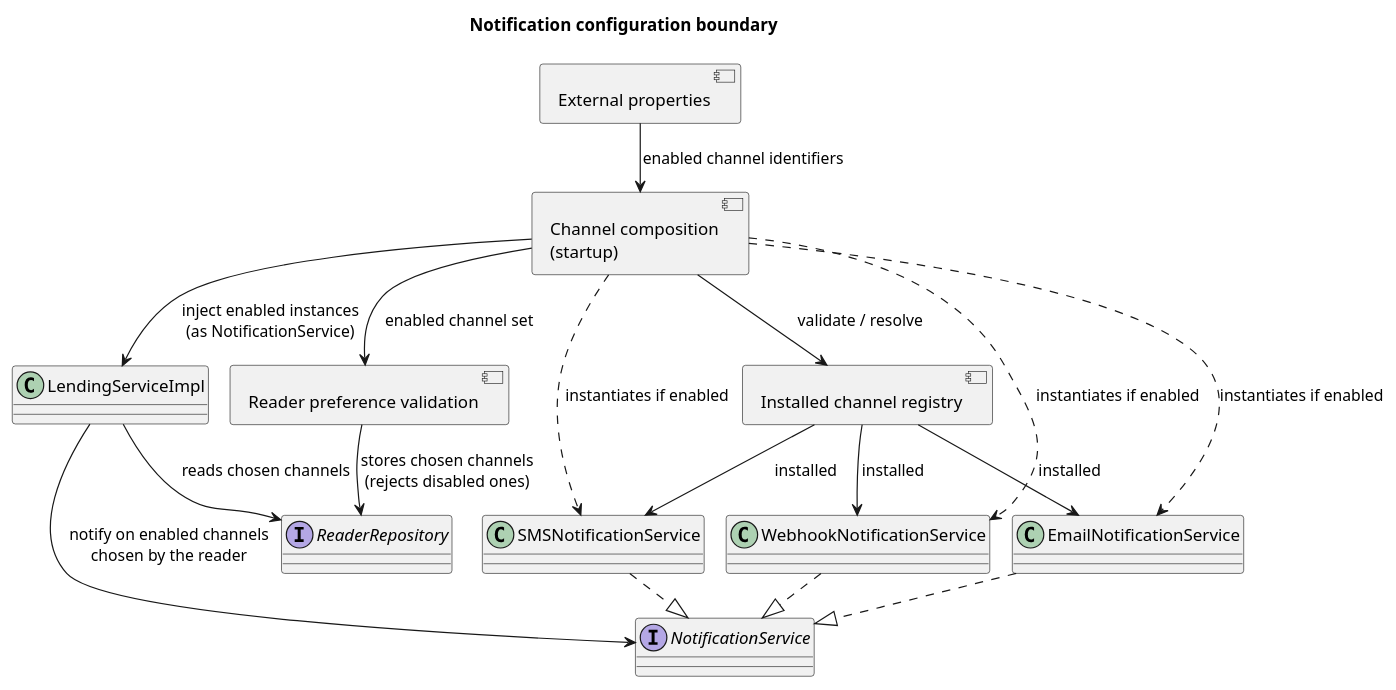
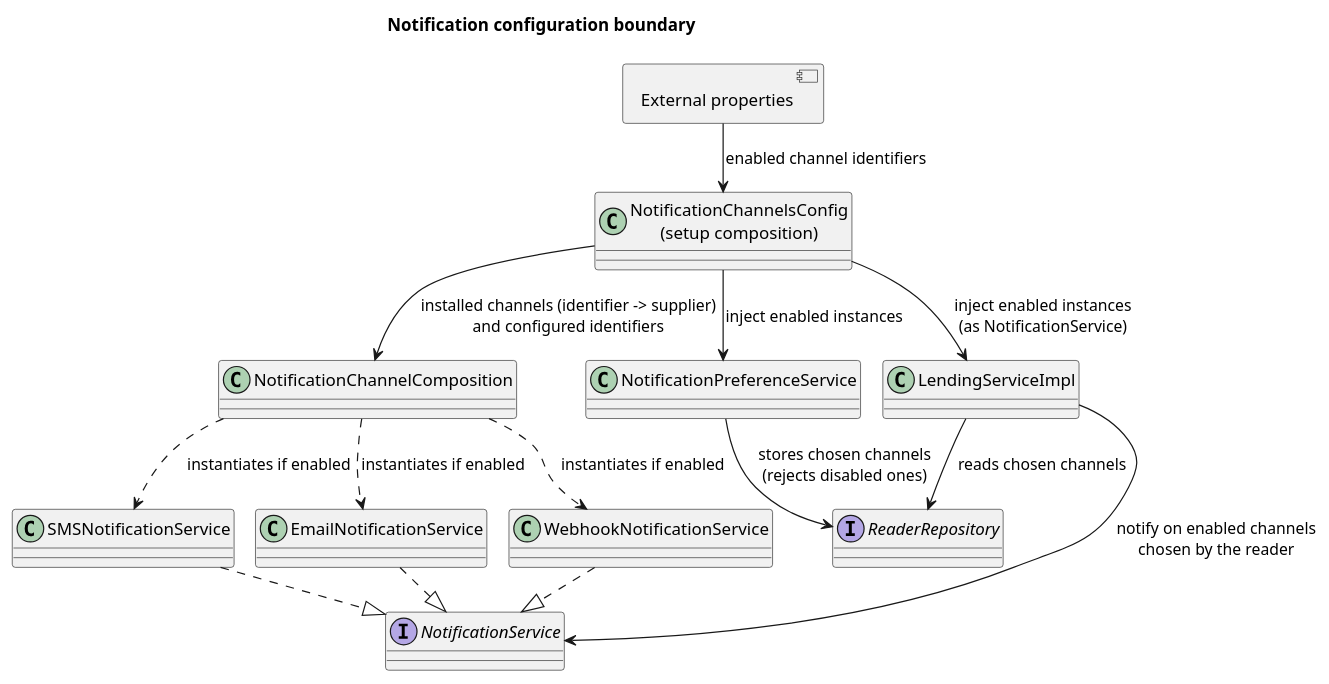
One commit to Max1124/ARQSOFT_ODSOFT_G6 changed the diagram in Docs/DocsMasterDegree/system-to-be/Images/NotificationMethodsConfigurationStructure.puml. Above: the diagram before and after it, drawn with PlantUML. The commit also changed 25 other files, not shown here.

Commit message:
docs(notification): record implementation and evidence test(notification): add FourthNotificationChannelExtensionTest and ScheduledNotificationCheckIT, and Jenkins stages

```diff
--- a/Docs/DocsMasterDegree/system-to-be/Images/NotificationMethodsConfigurationStructure.puml
+++ b/Docs/DocsMasterDegree/system-to-be/Images/NotificationMethodsConfigurationStructure.puml
@@ -1,41 +1,37 @@
 @startuml
 !pragma layout smetana
 allowmixing
 skinparam shadowing false
 skinparam backgroundColor white
 title Notification configuration boundary
 
 component "External properties" as Properties
-component "Channel composition\n(startup)" as Composition
-component "Installed channel registry" as Registry
-component "Reader preference validation" as Preferences
+class "NotificationChannelsConfig\n(setup composition)" as Setup
+class NotificationChannelComposition
+class NotificationPreferenceService
 
 class LendingServiceImpl
 interface NotificationService
 class SMSNotificationService
 class EmailNotificationService
 class WebhookNotificationService
 interface ReaderRepository
 
-Properties --> Composition : enabled channel identifiers
-Composition --> Registry : validate / resolve
+Properties --> Setup : enabled channel identifiers
+Setup --> NotificationChannelComposition : installed channels (identifier -> supplier)\nand configured identifiers
 
-Registry --> SMSNotificationService : installed
-Registry --> EmailNotificationService : installed
-Registry --> WebhookNotificationService : installed
+NotificationChannelComposition ..> SMSNotificationService : instantiates if enabled
+NotificationChannelComposition ..> EmailNotificationService : instantiates if enabled
+NotificationChannelComposition ..> WebhookNotificationService : instantiates if enabled
 
-Composition ..> SMSNotificationService : instantiates if enabled
-Composition ..> EmailNotificationService : instantiates if enabled
-Composition ..> WebhookNotificationService : instantiates if enabled
-
-Composition --> LendingServiceImpl : inject enabled instances\n(as NotificationService)
+Setup --> LendingServiceImpl : inject enabled instances\n(as NotificationService)
 LendingServiceImpl --> NotificationService : notify on enabled channels\nchosen by the reader
 LendingServiceImpl --> ReaderRepository : reads chosen channels
 
-Composition --> Preferences : enabled channel set
-Preferences --> ReaderRepository : stores chosen channels\n(rejects disabled ones)
+Setup --> NotificationPreferenceService : inject enabled instances
+NotificationPreferenceService --> ReaderRepository : stores chosen channels\n(rejects disabled ones)
 
 SMSNotificationService ..|> NotificationService
 EmailNotificationService ..|> NotificationService
 WebhookNotificationService ..|> NotificationService
 @enduml
```
